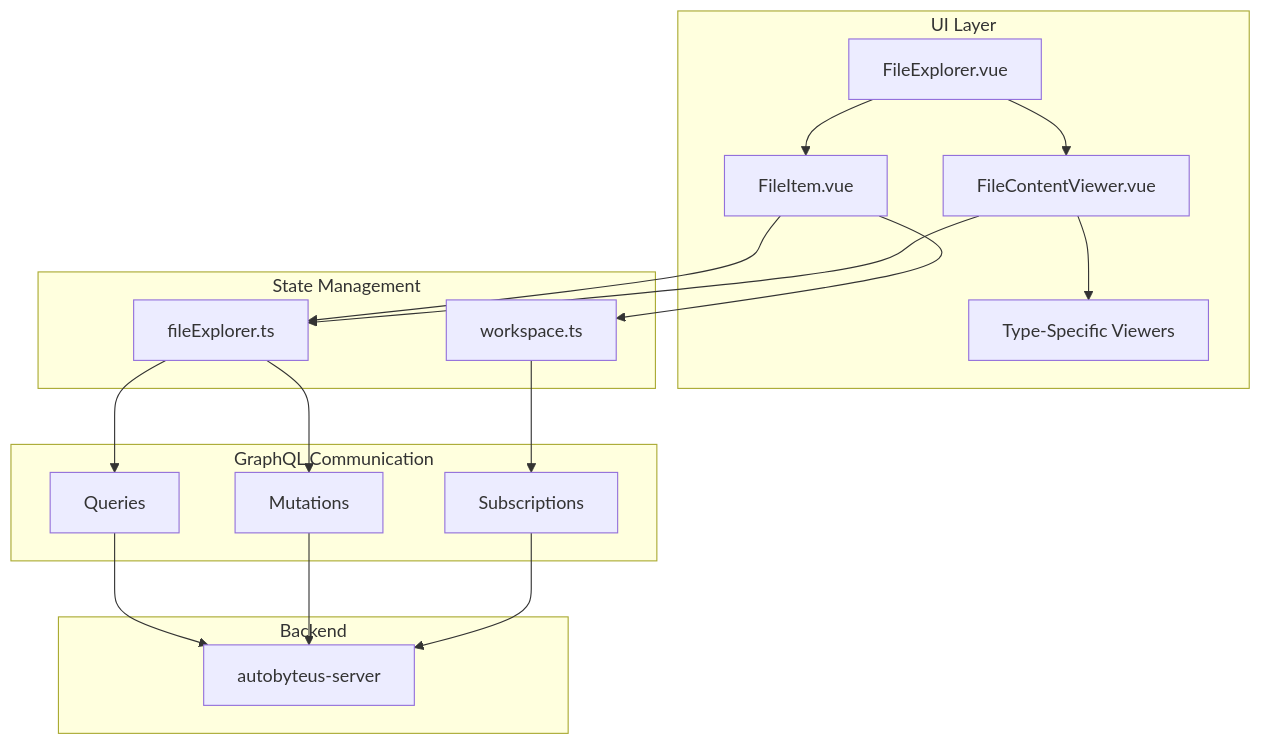
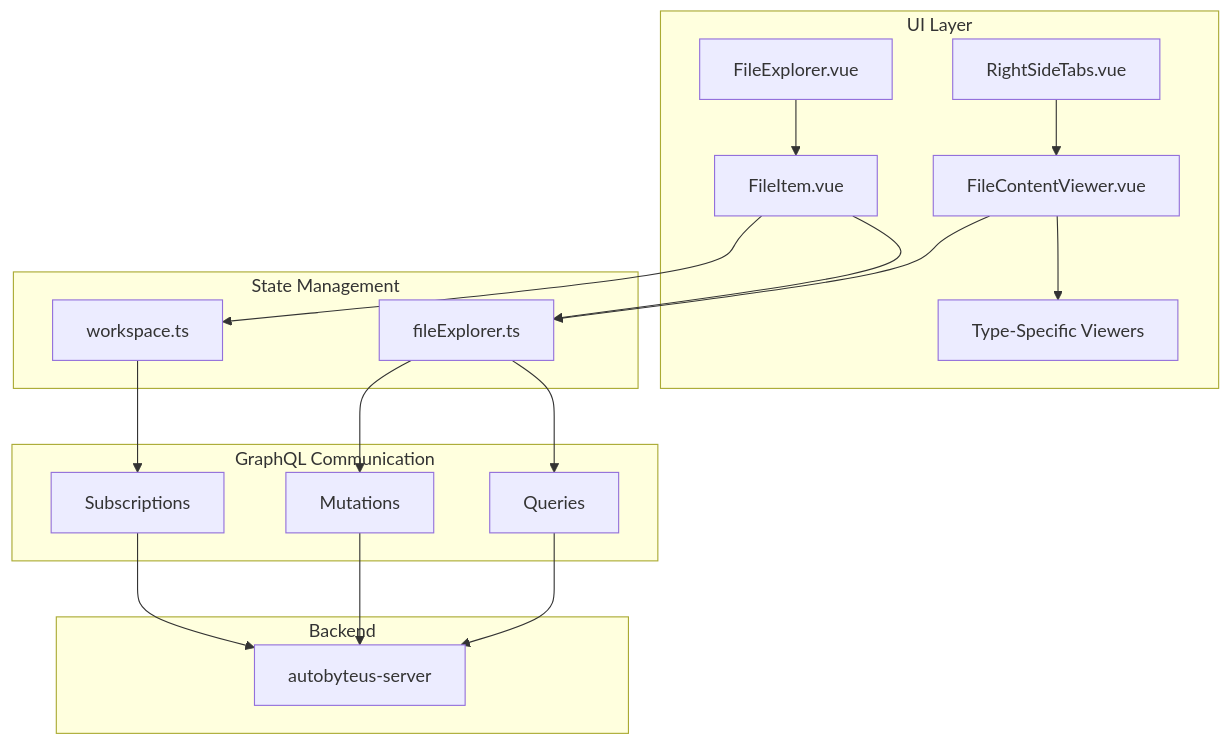
One commit to AutoByteus/autobyteus-web changed the first of 3 diagrams in docs/file_explorer.md. Above: the diagram before and after it, drawn with Mermaid. The commit also changed other lines of this file and 36 other files, not shown here.

Commit message:
feat: Additional frontend changes (Skills & Mermaid support)

````diff
--- a/docs/file_explorer.md
+++ b/docs/file_explorer.md
@@ -53,40 +53,41 @@
 ```mermaid
 flowchart TD
     subgraph "UI Layer"
         FileExplorer[FileExplorer.vue]
         FileItem[FileItem.vue]
+        RightSideTabs[RightSideTabs.vue]
         FileContentViewer[FileContentViewer.vue]
         Viewers[Type-Specific Viewers]
     end
 
     subgraph "State Management"
         WorkspaceStore[workspace.ts]
         FileExplorerStore[fileExplorer.ts]
     end
 
     subgraph "GraphQL Communication"
         Queries[Queries]
         Mutations[Mutations]
         Subscriptions[Subscriptions]
     end
 
     subgraph "Backend"
         Server[autobyteus-server]
     end
 
     FileExplorer --> FileItem
-    FileExplorer --> FileContentViewer
+    RightSideTabs --> FileContentViewer
     FileContentViewer --> Viewers
 
     FileItem --> FileExplorerStore
     FileItem --> WorkspaceStore
     FileContentViewer --> FileExplorerStore
 
     FileExplorerStore --> Queries
     FileExplorerStore --> Mutations
     WorkspaceStore --> Subscriptions
 
     Queries --> Server
     Mutations --> Server
     Subscriptions --> Server
 ```
````
